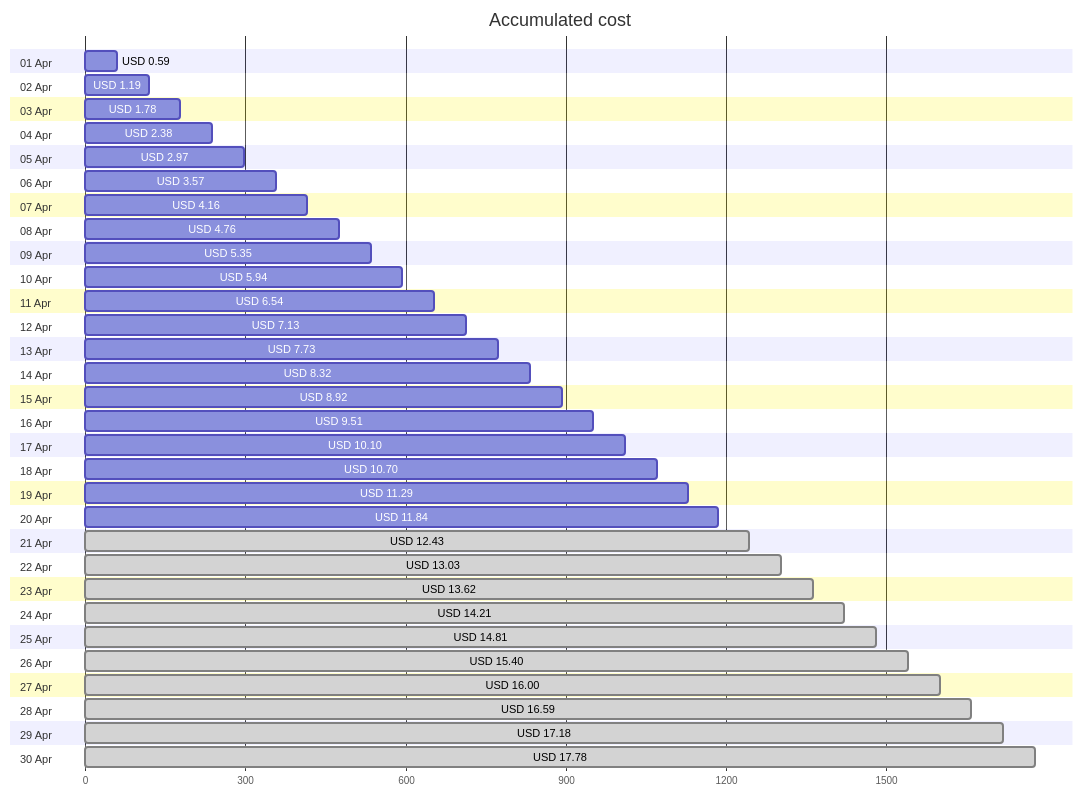
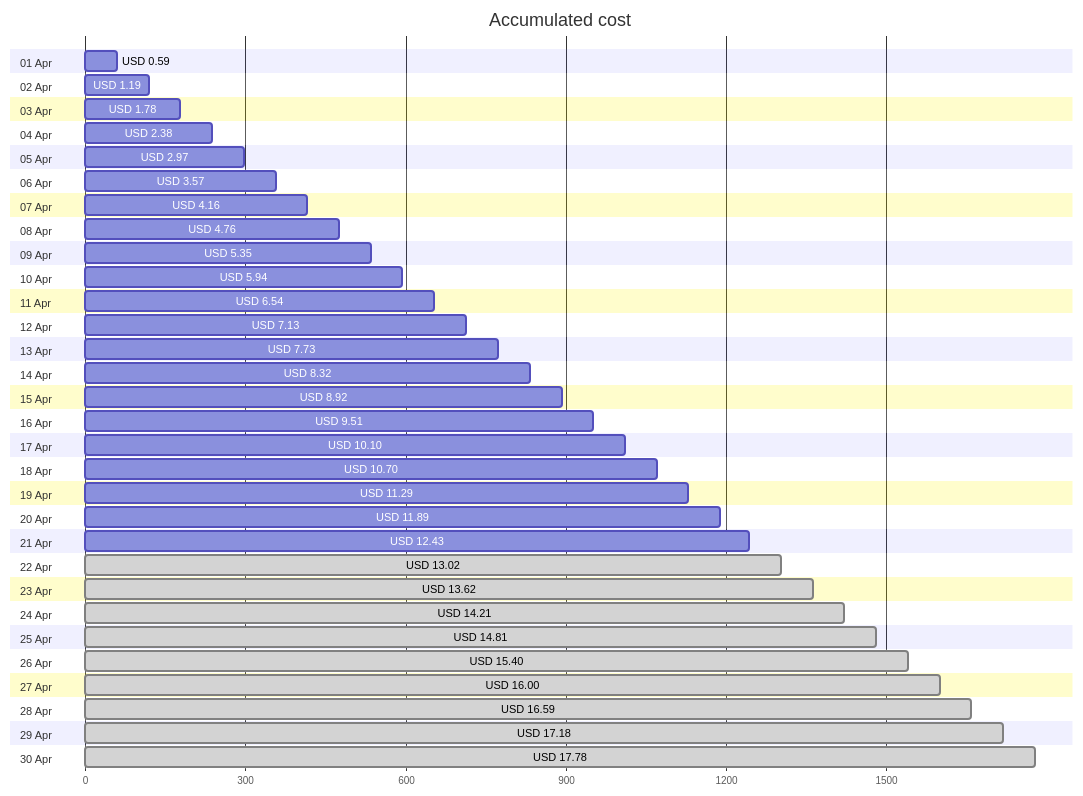
Before and after one commit to jpfulton/azure-personal-reports: the first of 4 diagrams in cost-reports/personal-site/README.md, drawn with Mermaid. The commit also changed other lines of this file and 6 other files, not shown here.

````diff
--- a/cost-reports/personal-site/README.md
+++ b/cost-reports/personal-site/README.md
@@ -20,66 +20,66 @@
 ```mermaid
 gantt
    title Accumulated cost
    dateFormat  X
    axisFormat %s
    section 01 Apr
    USD 0.59 :0, 59
    section 02 Apr
    USD 1.19 :0, 119
    section 03 Apr
    USD 1.78 :0, 178
    section 04 Apr
    USD 2.38 :0, 238
    section 05 Apr
    USD 2.97 :0, 297
    section 06 Apr
    USD 3.57 :0, 357
    section 07 Apr
    USD 4.16 :0, 416
    section 08 Apr
    USD 4.76 :0, 476
    section 09 Apr
    USD 5.35 :0, 535
    section 10 Apr
    USD 5.94 :0, 594
    section 11 Apr
    USD 6.54 :0, 654
    section 12 Apr
    USD 7.13 :0, 713
    section 13 Apr
    USD 7.73 :0, 773
    section 14 Apr
    USD 8.32 :0, 832
    section 15 Apr
    USD 8.92 :0, 892
    section 16 Apr
    USD 9.51 :0, 951
    section 17 Apr
    USD 10.10 :0, 1010
    section 18 Apr
    USD 10.70 :0, 1070
    section 19 Apr
    USD 11.29 :0, 1129
    section 20 Apr
-   USD 11.84 :0, 1184
+   USD 11.89 :0, 1189
    section 21 Apr
-   USD 12.43 : done, 0, 1243
+   USD 12.43 :0, 1243
    section 22 Apr
-   USD 13.03 : done, 0, 1303
+   USD 13.02 : done, 0, 1302
    section 23 Apr
    USD 13.62 : done, 0, 1362
    section 24 Apr
    USD 14.21 : done, 0, 1421
    section 25 Apr
    USD 14.81 : done, 0, 1481
    section 26 Apr
    USD 15.40 : done, 0, 1540
    section 27 Apr
    USD 16.00 : done, 0, 1600
    section 28 Apr
    USD 16.59 : done, 0, 1659
    section 29 Apr
    USD 17.18 : done, 0, 1718
    section 30 Apr
    USD 17.78 : done, 0, 1778
 ```
````
